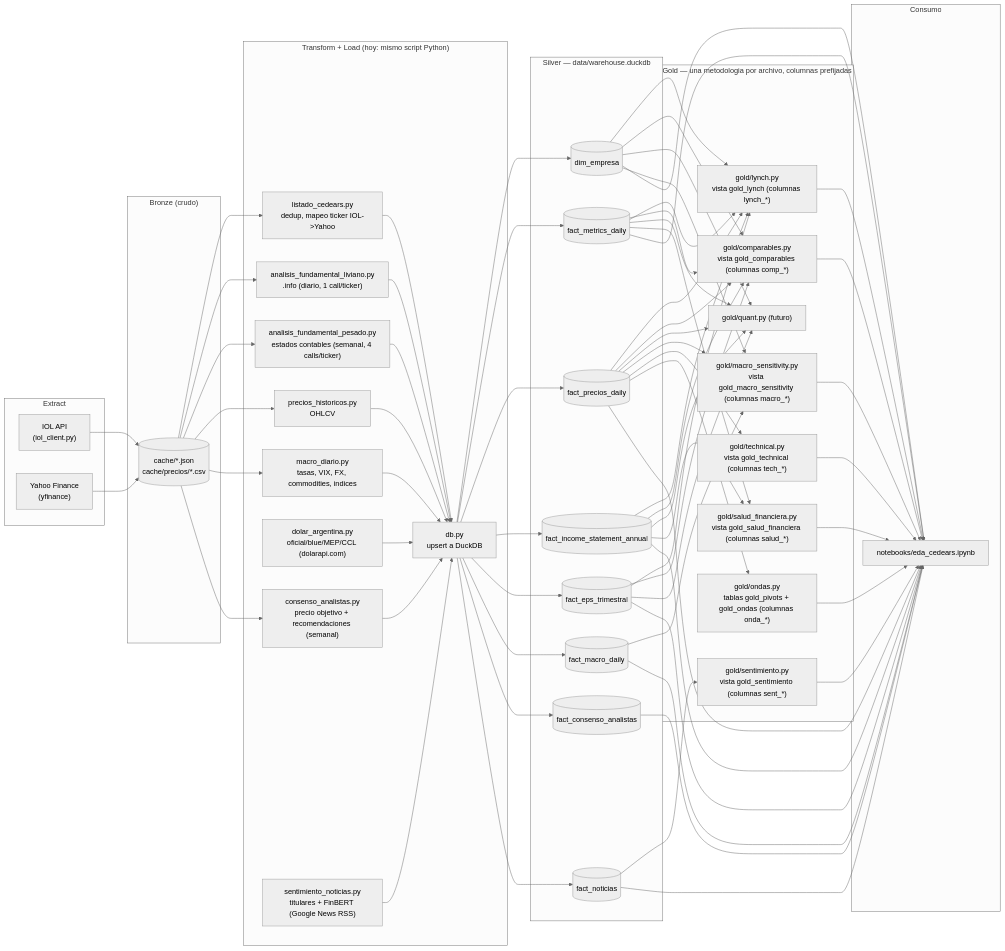
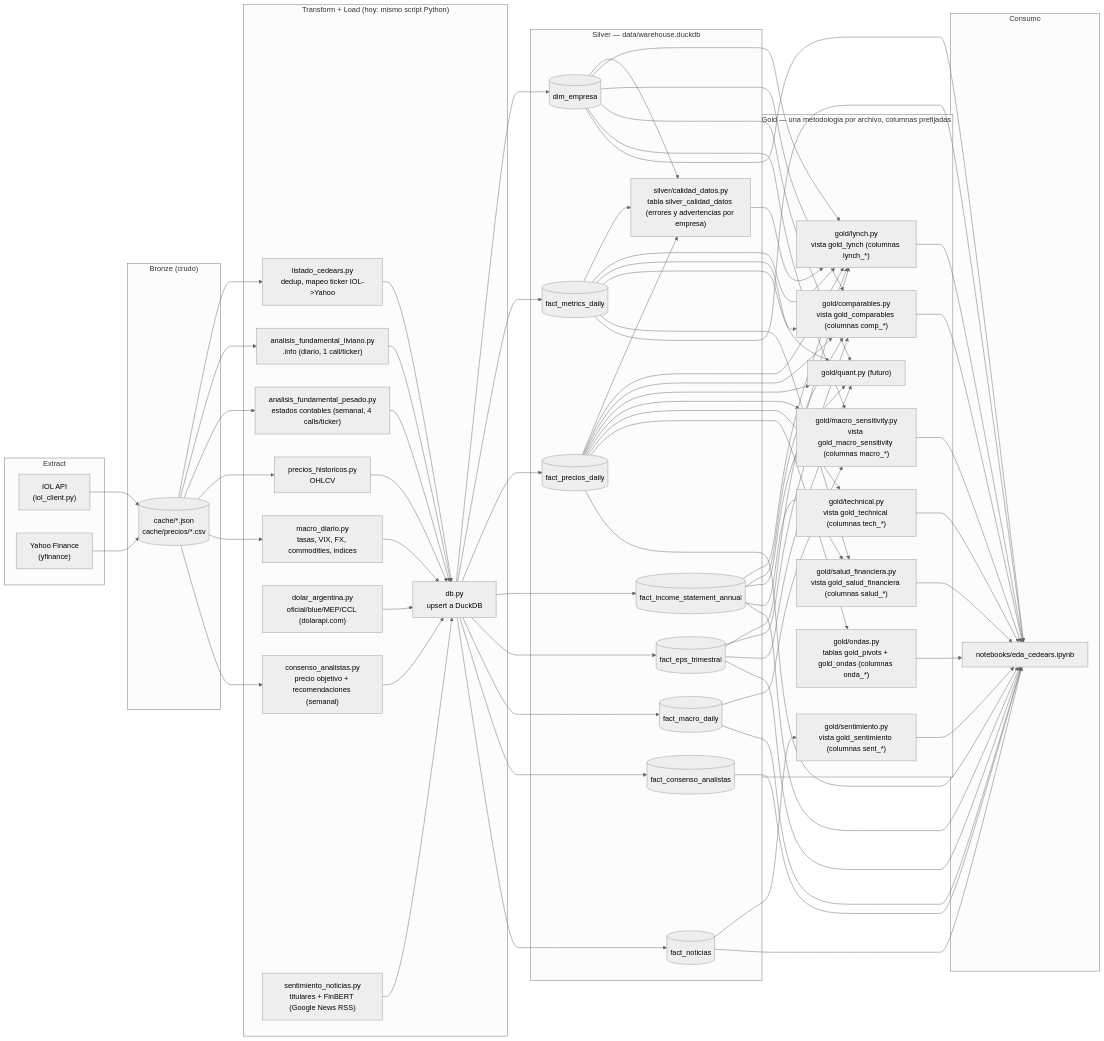
The diagram in README.md (esfer98/cedears-data-pipeline), drawn with Mermaid (neutral theme) before and after one commit. The commit also changed other lines of this file and 5 other files, not shown here.

````diff
--- a/README.md
+++ b/README.md
@@ -28,75 +28,78 @@
 ```mermaid
 flowchart LR
     subgraph Extract
         IOL["IOL API<br/>(iol_client.py)"]
         YF["Yahoo Finance<br/>(yfinance)"]
     end
 
     subgraph Bronze["Bronze (crudo)"]
         cache[("cache/*.json<br/>cache/precios/*.csv")]
     end
 
     subgraph Transform_Load["Transform + Load (hoy: mismo script Python)"]
         listado["listado_cedears.py<br/>dedup, mapeo ticker IOL->Yahoo"]
         liviano["analisis_fundamental_liviano.py<br/>.info (diario, 1 call/ticker)"]
         pesado["analisis_fundamental_pesado.py<br/>estados contables (semanal, 4 calls/ticker)"]
         precios["precios_historicos.py<br/>OHLCV"]
         macro["macro_diario.py<br/>tasas, VIX, FX, commodities, indices"]
         dolar["dolar_argentina.py<br/>oficial/blue/MEP/CCL (dolarapi.com)"]
         consenso["consenso_analistas.py<br/>precio objetivo + recomendaciones (semanal)"]
         noticias["sentimiento_noticias.py<br/>titulares + FinBERT (Google News RSS)"]
         db["db.py<br/>upsert a DuckDB"]
     end
 
     subgraph Silver["Silver — data/warehouse.duckdb"]
         dim[("dim_empresa")]
         fm[("fact_metrics_daily")]
         fp[("fact_precios_daily")]
         fi[("fact_income_statement_annual")]
         fe[("fact_eps_trimestral")]
         fma[("fact_macro_daily")]
         fca[("fact_consenso_analistas")]
         fn[("fact_noticias")]
+        cal["silver/calidad_datos.py<br/>tabla silver_calidad_datos (errores y advertencias por empresa)"]
     end
 
     subgraph Gold["Gold — una metodologia por archivo, columnas prefijadas"]
         lynch["gold/lynch.py<br/>vista gold_lynch (columnas lynch_*)"]
         comp["gold/comparables.py<br/>vista gold_comparables (columnas comp_*)"]
         macrosens["gold/macro_sensitivity.py<br/>vista gold_macro_sensitivity (columnas macro_*)"]
         tech["gold/technical.py<br/>vista gold_technical (columnas tech_*)"]
         ondas["gold/ondas.py<br/>tablas gold_pivots + gold_ondas (columnas onda_*)"]
         salud["gold/salud_financiera.py<br/>vista gold_salud_financiera (columnas salud_*)"]
         sent["gold/sentimiento.py<br/>vista gold_sentimiento (columnas sent_*)"]
         quant["gold/quant.py (futuro)"]
     end
 
     subgraph Consumo
         nb["notebooks/eda_cedears.ipynb"]
     end
 
     IOL --> cache
     YF --> cache
     cache --> listado --> db
     cache --> liviano --> db
     cache --> pesado --> db
     cache --> precios --> db
     cache --> macro --> db
     cache --> consenso --> db
     noticias --> db
     dolar --> db
     db --> dim & fm & fp & fi & fe & fma & fca & fn
+    dim & fm & fp --> cal
+    cal --> lynch
     dim & fm & fp & fi & fe --> lynch & comp & quant
     dim & fp & fma --> macrosens
     fp --> tech
     fp --> ondas
     fm & fi --> salud
     fn --> sent
     dim & fm & fp & fi & fe & fma & fca & fn --> nb
     lynch --> nb
     comp --> nb
     macrosens --> nb
     tech --> nb
     ondas --> nb
     salud --> nb
     sent --> nb
 ```
````
